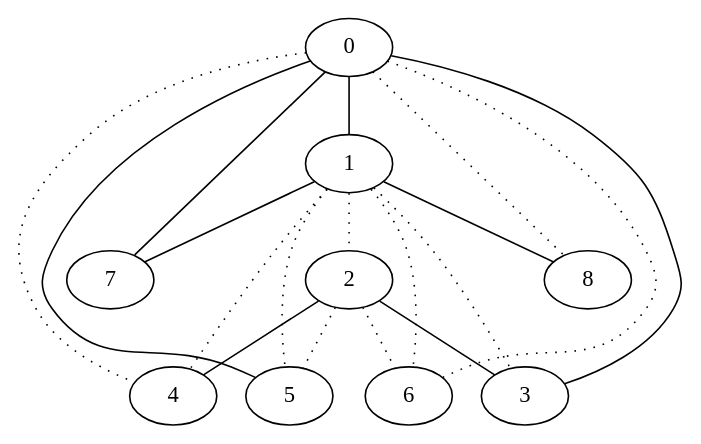
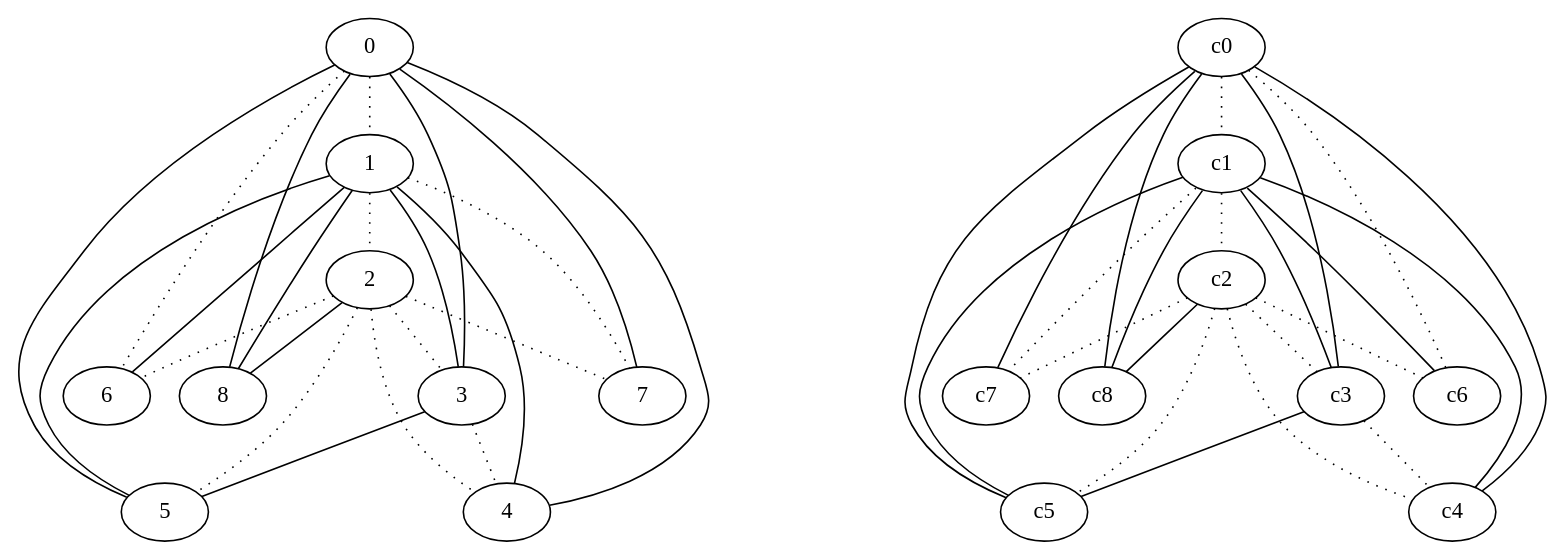
The diagram in TestPathsfactorised/result/dot/clique_9_30_s.dot (d1laj/Stage-M2), drawn with Graphviz before and after one commit. The commit also changed 7499 other files, not shown here.

```diff
--- a/TestPathsfactorised/result/dot/clique_9_30_s.dot
+++ b/TestPathsfactorised/result/dot/clique_9_30_s.dot
@@ -1,29 +1,55 @@
 graph {
 a0[label=0];
 a1[label=1];
 a2[label=2];
 a3[label=3];
 a4[label=4];
 a5[label=5];
 a6[label=6];
 a7[label=7];
 a8[label=8];
-a0 -- a1;
+a0 -- a1 [style=dotted];
 a0 -- a3;
-a0 -- a4 [style=dotted];
+a0 -- a4;
 a0 -- a5;
 a0 -- a6 [style=dotted];
 a0 -- a7;
-a0 -- a8 [style=dotted];
+a0 -- a8;
 a1 -- a2 [style=dotted];
-a1 -- a3 [style=dotted];
-a1 -- a4 [style=dotted];
-a1 -- a5 [style=dotted];
-a1 -- a6 [style=dotted];
-a1 -- a7;
+a1 -- a3;
+a1 -- a4;
+a1 -- a5;
+a1 -- a6;
+a1 -- a7 [style=dotted];
 a1 -- a8;
-a2 -- a3;
-a2 -- a4;
+a2 -- a3 [style=dotted];
+a2 -- a4 [style=dotted];
 a2 -- a5 [style=dotted];
 a2 -- a6 [style=dotted];
+a2 -- a7 [style=dotted];
+a2 -- a8;
+a3 -- a4 [style=dotted];
+a3 -- a5;
+c0 -- c1 [style=dotted];
+c0 -- c3;
+c0 -- c4;
+c0 -- c5;
+c0 -- c6 [style=dotted];
+c0 -- c7;
+c0 -- c8;
+c1 -- c2 [style=dotted];
+c1 -- c3;
+c1 -- c4;
+c1 -- c5;
+c1 -- c6;
+c1 -- c7 [style=dotted];
+c1 -- c8;
+c2 -- c3 [style=dotted];
+c2 -- c4 [style=dotted];
+c2 -- c5 [style=dotted];
+c2 -- c6 [style=dotted];
+c2 -- c7 [style=dotted];
+c2 -- c8;
+c3 -- c4 [style=dotted];
+c3 -- c5;
 }
```
